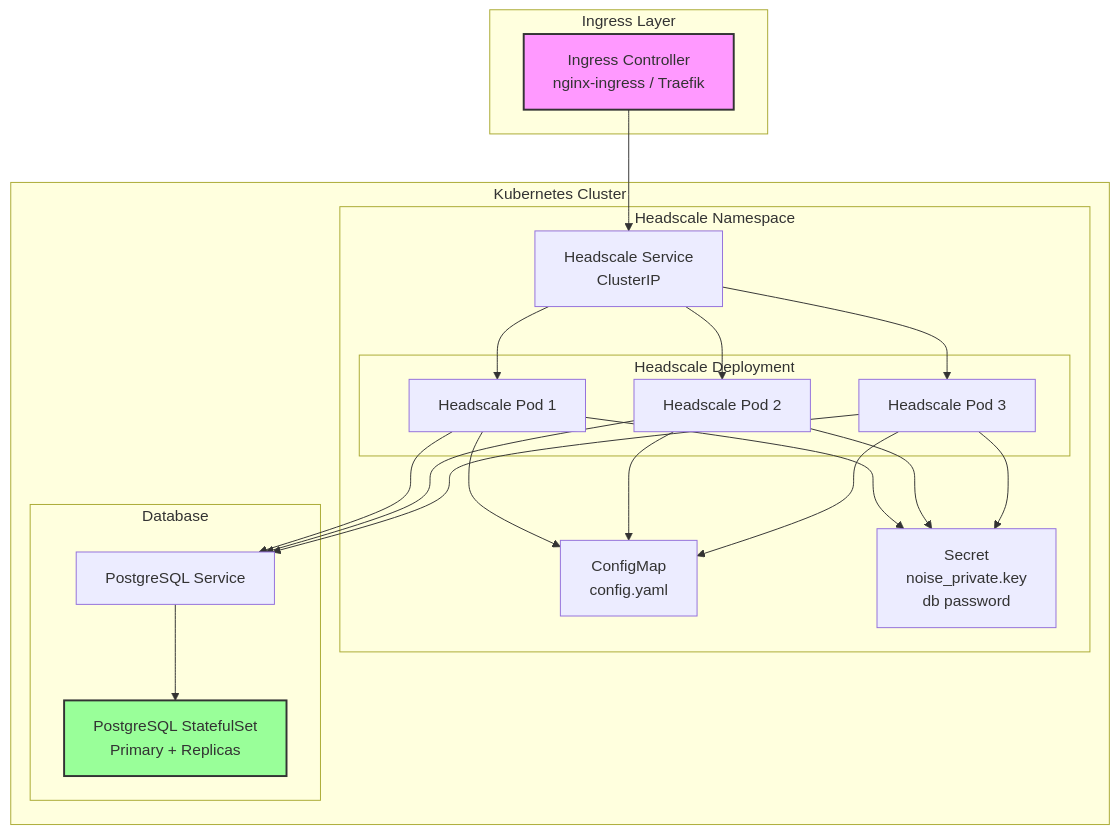
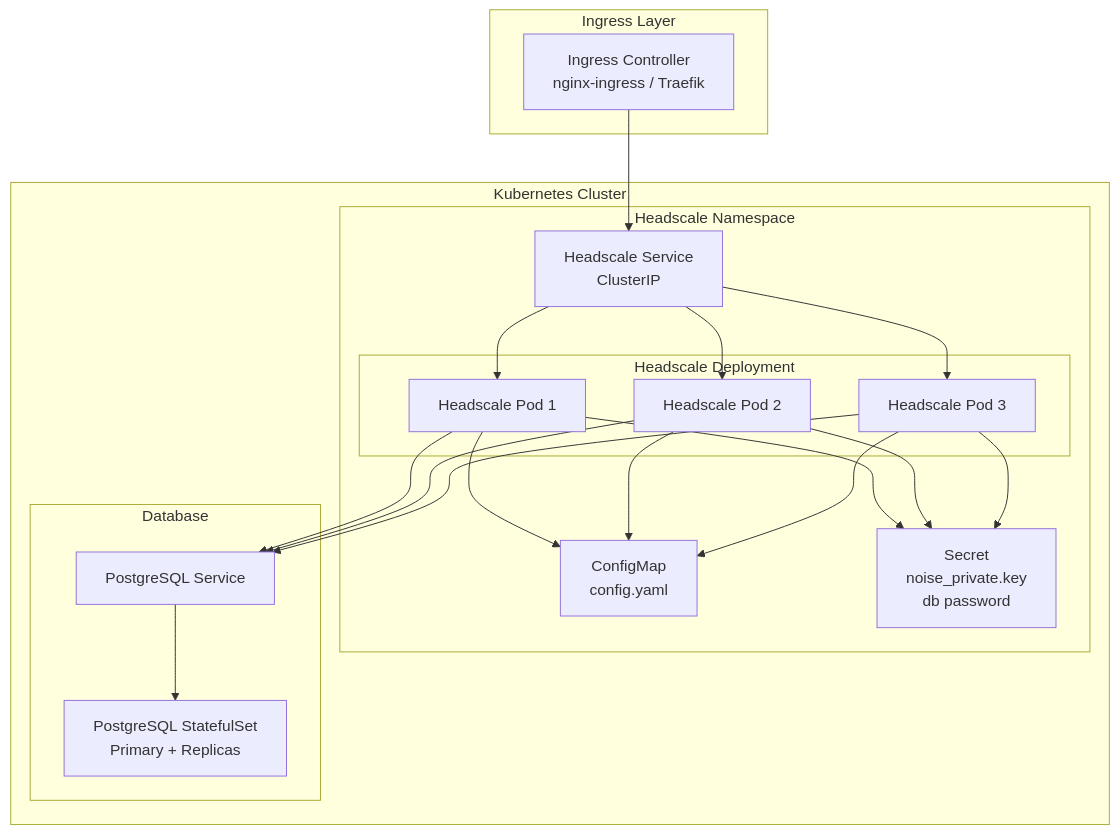
Before and after one commit to vicaya/headscale: the fifth of 5 diagrams in docs/setup/install/ha.md, drawn with Mermaid. The commit also changed other lines of this file, not shown here.

Commit message:
Remove mermaid diagram background fills and add DERP workaround in K8s example

````diff
--- a/docs/setup/install/ha.md
+++ b/docs/setup/install/ha.md
@@ -713,36 +699,33 @@
 ```mermaid
 graph TB
     subgraph "Ingress Layer"
         INGRESS[Ingress Controller<br/>nginx-ingress / Traefik]
     end
     
     subgraph "Kubernetes Cluster"
         subgraph "Headscale Namespace"
             SVC[Headscale Service<br/>ClusterIP]
             
             subgraph "Headscale Deployment"
                 POD1[Headscale Pod 1]
                 POD2[Headscale Pod 2]
                 POD3[Headscale Pod 3]
             end
             
             CM[ConfigMap<br/>config.yaml]
             SECRET[Secret<br/>noise_private.key<br/>db password]
         end
         
         subgraph "Database"
             PG_SVC[PostgreSQL Service]
             PG_STATEFULSET[PostgreSQL StatefulSet<br/>Primary + Replicas]
         end
     end
     
     INGRESS --> SVC
     SVC --> POD1 & POD2 & POD3
     POD1 & POD2 & POD3 --> CM
     POD1 & POD2 & POD3 --> SECRET
     POD1 & POD2 & POD3 --> PG_SVC
     PG_SVC --> PG_STATEFULSET
-    
-    style INGRESS fill:#f9f,stroke:#333,stroke-width:2px
-    style PG_STATEFULSET fill:#9f9,stroke:#333,stroke-width:2px
 ```
````
